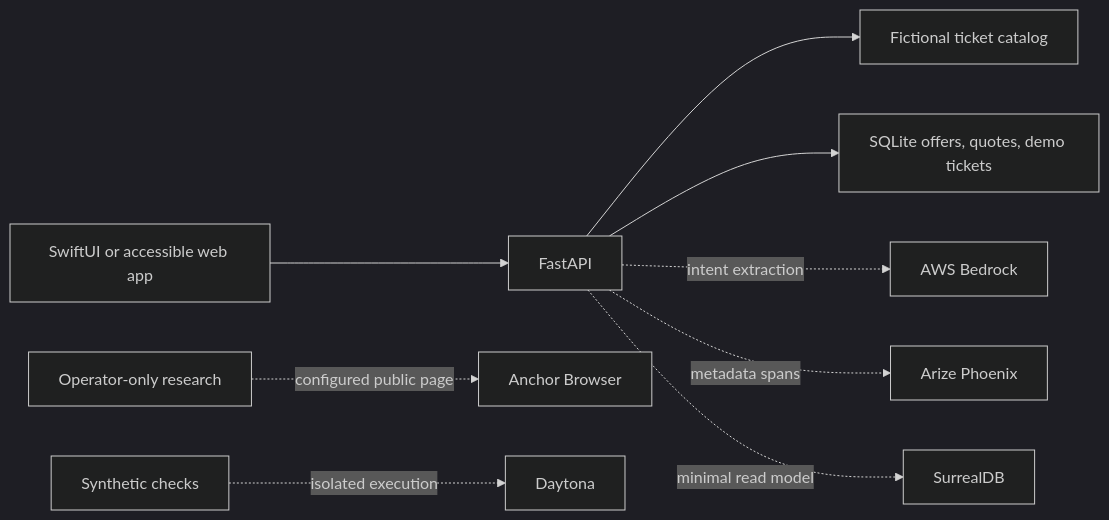
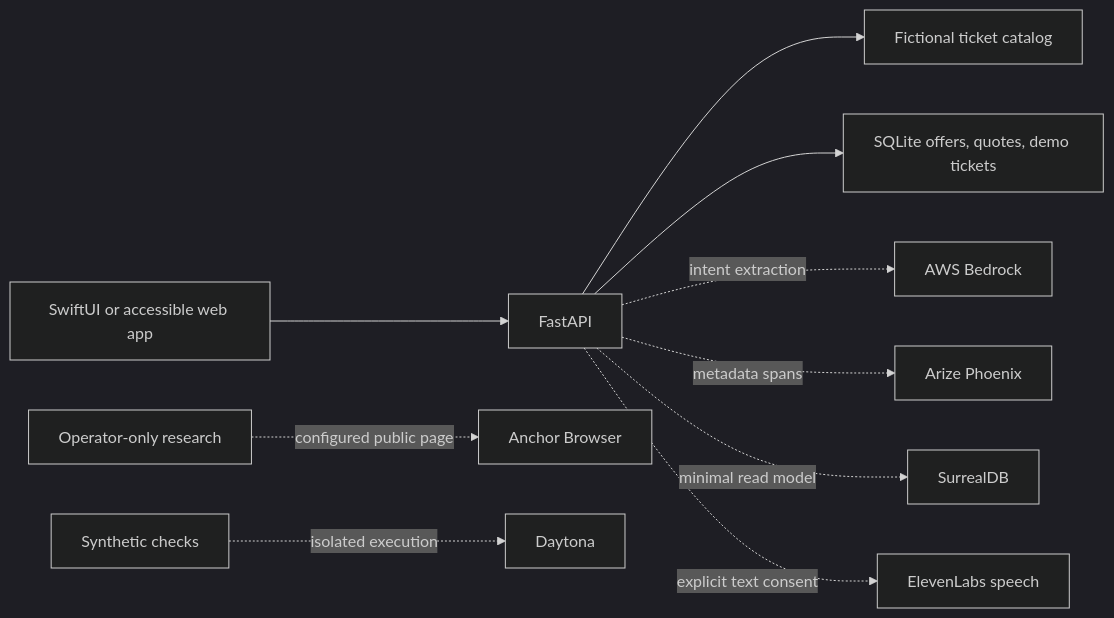
The diagram in docs/ARCHITECTURE.md (7dracoder/Faith), drawn with Mermaid (dark theme) before and after one commit. The commit also changed other lines of this file and 18 other files, not shown here.

Commit message:
Add consent-based ElevenLabs speak-or-show accessibility

````diff
--- a/docs/ARCHITECTURE.md
+++ b/docs/ARCHITECTURE.md
@@ -5,11 +5,12 @@
 ```mermaid
 flowchart LR
     A[SwiftUI or accessible web app] --> B[FastAPI]
     B --> C[Fictional ticket catalog]
     B --> D[SQLite offers, quotes, demo tickets]
     B -. intent extraction .-> E[AWS Bedrock]
     B -. metadata spans .-> F[Arize Phoenix]
     B -. minimal read model .-> G[SurrealDB]
+    B -. explicit text consent .-> L[ElevenLabs speech]
     H[Operator-only research] -. configured public page .-> I[Anchor Browser]
     J[Synthetic checks] -. isolated execution .-> K[Daytona]
 ```
````
